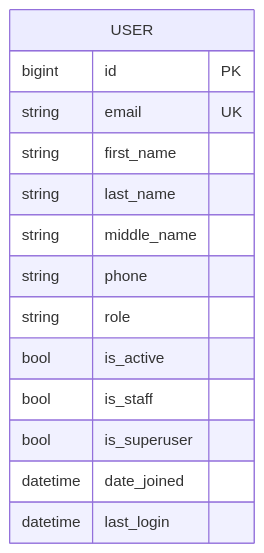
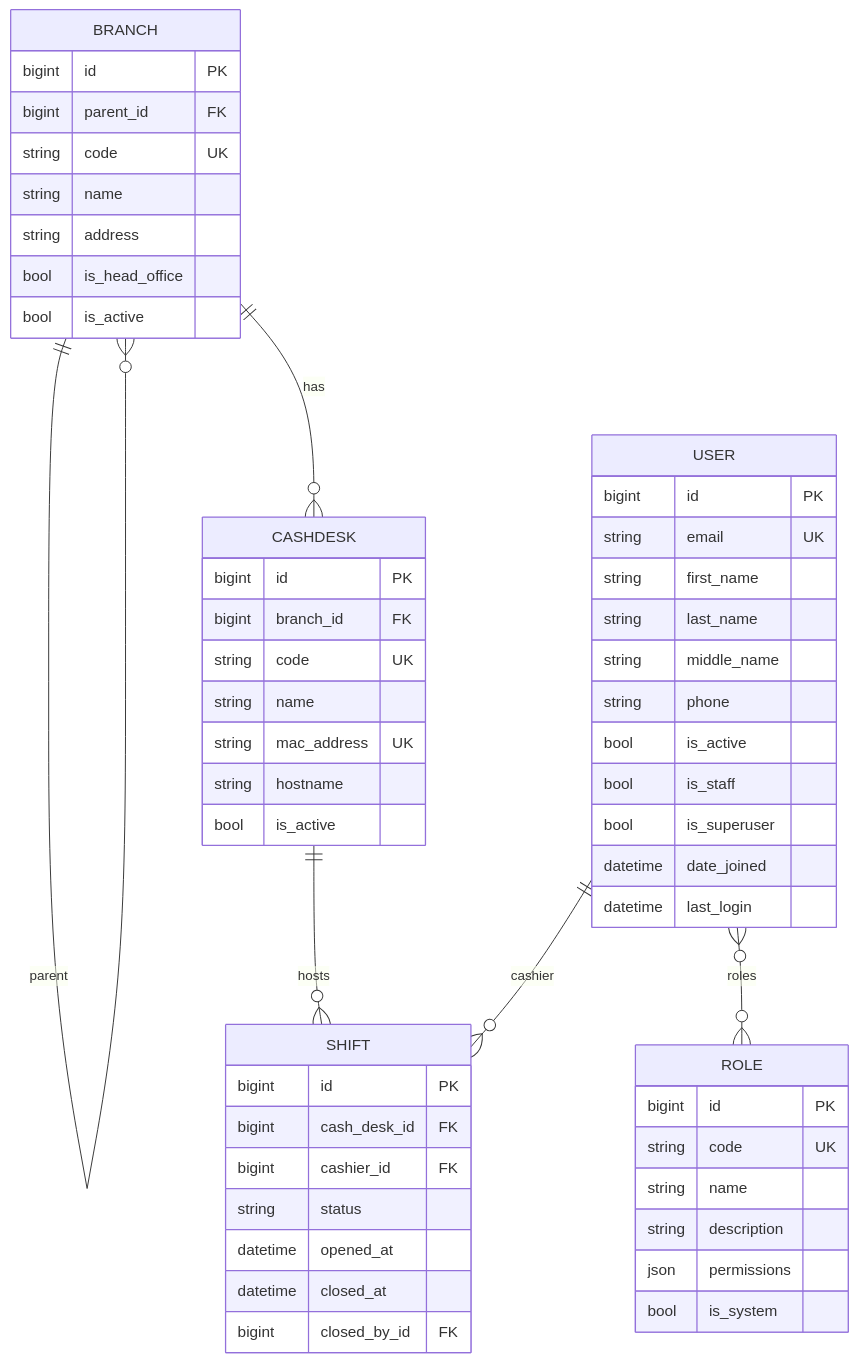
One commit to const-neshumaev/bank-cash-ops changed the third of 3 diagrams in docs/architecture.md. Above: the diagram before and after it, drawn with Mermaid. The commit also changed other lines of this file and 50 other files, not shown here.

First line of the commit message:
Add roles, bank structure and cash shifts to core

````diff
--- a/docs/architecture.md
+++ b/docs/architecture.md
@@ -108,17 +118,56 @@
 ```mermaid
 erDiagram
     USER {
         bigint id PK
         string email UK
         string first_name
         string last_name
         string middle_name
         string phone
-        string role
         bool is_active
         bool is_staff
         bool is_superuser
         datetime date_joined
         datetime last_login
     }
+    ROLE {
+        bigint id PK
+        string code UK
+        string name
+        string description
+        json permissions
+        bool is_system
+    }
+    BRANCH {
+        bigint id PK
+        bigint parent_id FK
+        string code UK
+        string name
+        string address
+        bool is_head_office
+        bool is_active
+    }
+    CASHDESK {
+        bigint id PK
+        bigint branch_id FK
+        string code UK
+        string name
+        string mac_address UK
+        string hostname
+        bool is_active
+    }
+    SHIFT {
+        bigint id PK
+        bigint cash_desk_id FK
+        bigint cashier_id FK
+        string status
+        datetime opened_at
+        datetime closed_at
+        bigint closed_by_id FK
+    }
+    USER }o--o{ ROLE : roles
+    BRANCH ||--o{ BRANCH : parent
+    BRANCH ||--o{ CASHDESK : has
+    CASHDESK ||--o{ SHIFT : hosts
+    USER ||--o{ SHIFT : cashier
 ```
````
